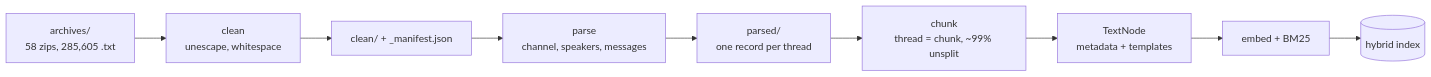
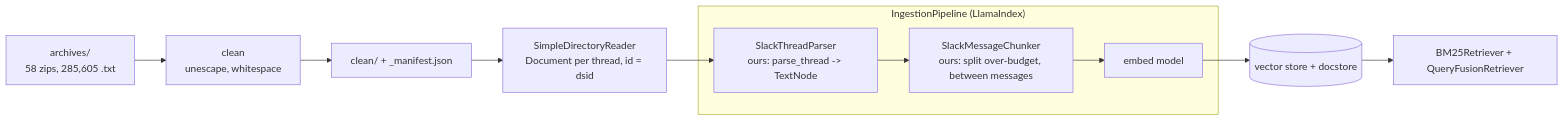
Before and after one commit to deepakdantagani/enterprise-rag: the diagram in docs/design/5-slack-system-design.md, drawn with Mermaid. The commit also changed other lines of this file and 2 other files, not shown here.

Commit message:
Slack: re-groom SLACK-9..11 around LlamaIndex IngestionPipeline (custom SlackThreadParser + SlackMessageChunker NodeParsers, SimpleDirectoryReader, docstore/cache); design sections 2, 7, 8 updated

````diff
--- a/docs/design/5-slack-system-design.md
+++ b/docs/design/5-slack-system-design.md
@@ -226,11 +226,13 @@
 ```mermaid
 flowchart LR
     R["archives/<br/>58 zips, 285,605 .txt"] --> C["clean<br/>unescape, whitespace"]
     C --> CL["clean/ + _manifest.json"]
-    CL --> P["parse<br/>channel, speakers, messages"]
-    P --> T["parsed/<br/>one record per thread"]
-    T --> K["chunk<br/>thread = chunk, ~99% unsplit"]
-    K --> N["TextNode<br/>metadata + templates"]
-    N --> E["embed + BM25"]
-    E --> V[("hybrid index")]
+    CL --> RD["SimpleDirectoryReader<br/>Document per thread, id = dsid"]
+    subgraph IP["IngestionPipeline (LlamaIndex)"]
+        P["SlackThreadParser<br/>ours: parse_thread -> TextNode"] --> K["SlackMessageChunker<br/>ours: split over-budget, between messages"]
+        K --> E["embed model"]
+    end
+    RD --> P
+    E --> V[("vector store + docstore")]
+    V --> B["BM25Retriever + QueryFusionRetriever"]
 ```
````
